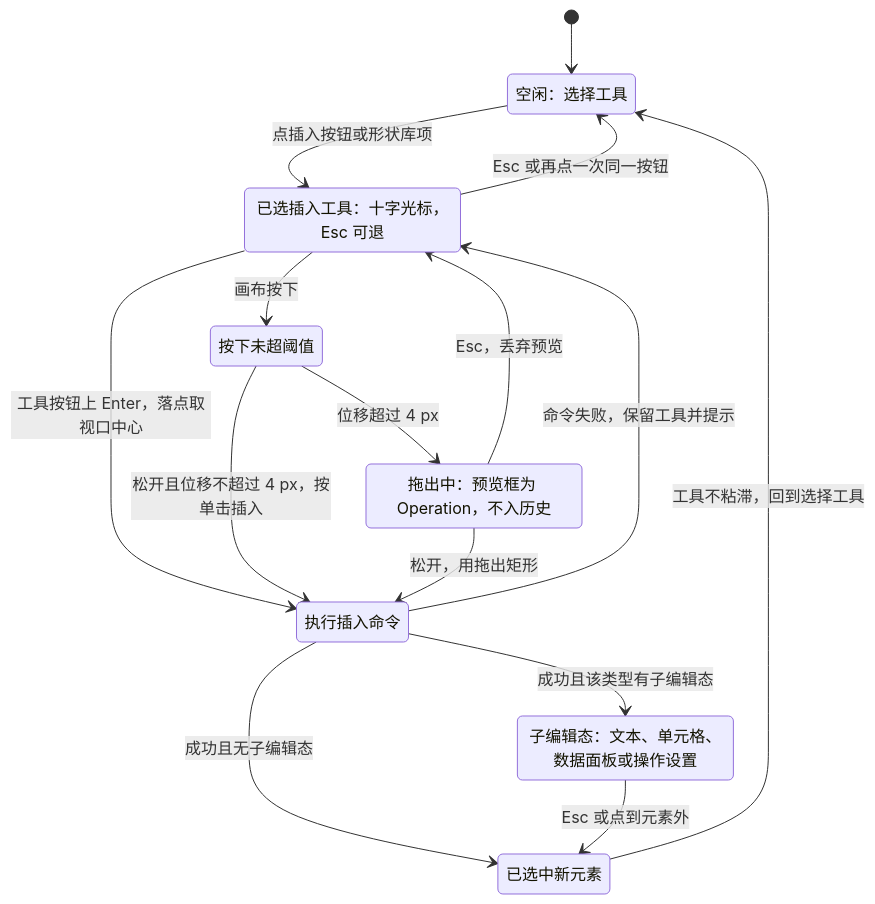
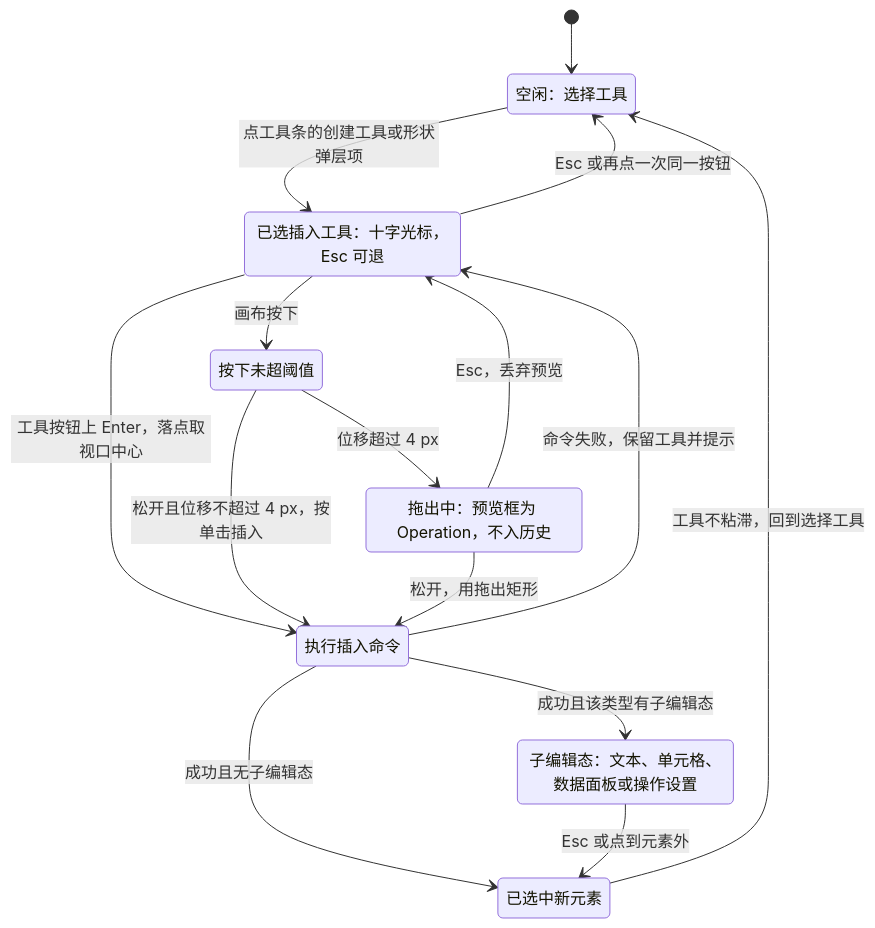
The fourth of 11 diagrams in docs/50-frontend/19-insertable-elements-overview.md (Xeonice/cordis-ppt-editor), drawn with Mermaid before and after one commit. The commit also changed other lines of this file and 25 other files, not shown here.

````diff
--- a/docs/50-frontend/19-insertable-elements-overview.md
+++ b/docs/50-frontend/19-insertable-elements-overview.md
@@ -240,24 +264,24 @@
 ```mermaid
 stateDiagram-v2
   state "空闲：选择工具" as idle
   state "已选插入工具：十字光标，Esc 可退" as armed
   state "按下未超阈值" as pressed
   state "拖出中：预览框为 Operation，不入历史" as dragging
   state "执行插入命令" as inserting
   state "子编辑态：文本、单元格、数据面板或操作设置" as sub
   state "已选中新元素" as selected
   [*] --> idle
-  idle --> armed: 点插入按钮或形状库项
+  idle --> armed: 点工具条的创建工具或形状弹层项
   armed --> idle: Esc 或再点一次同一按钮
   armed --> pressed: 画布按下
   armed --> inserting: 工具按钮上 Enter，落点取视口中心
   pressed --> inserting: 松开且位移不超过 4 px，按单击插入
   pressed --> dragging: 位移超过 4 px
   dragging --> armed: Esc，丢弃预览
   dragging --> inserting: 松开，用拖出矩形
   inserting --> armed: 命令失败，保留工具并提示
   inserting --> sub: 成功且该类型有子编辑态
   inserting --> selected: 成功且无子编辑态
   sub --> selected: Esc 或点到元素外
   selected --> idle: 工具不粘滞，回到选择工具
 ```
````
